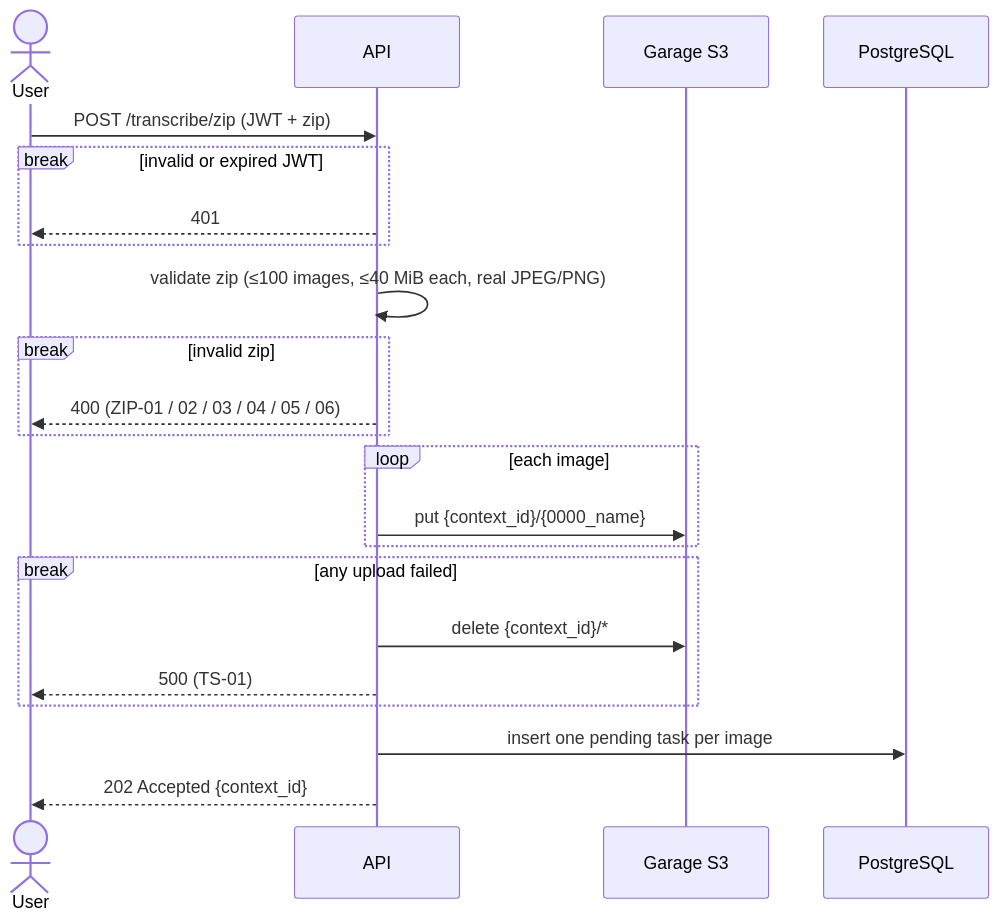
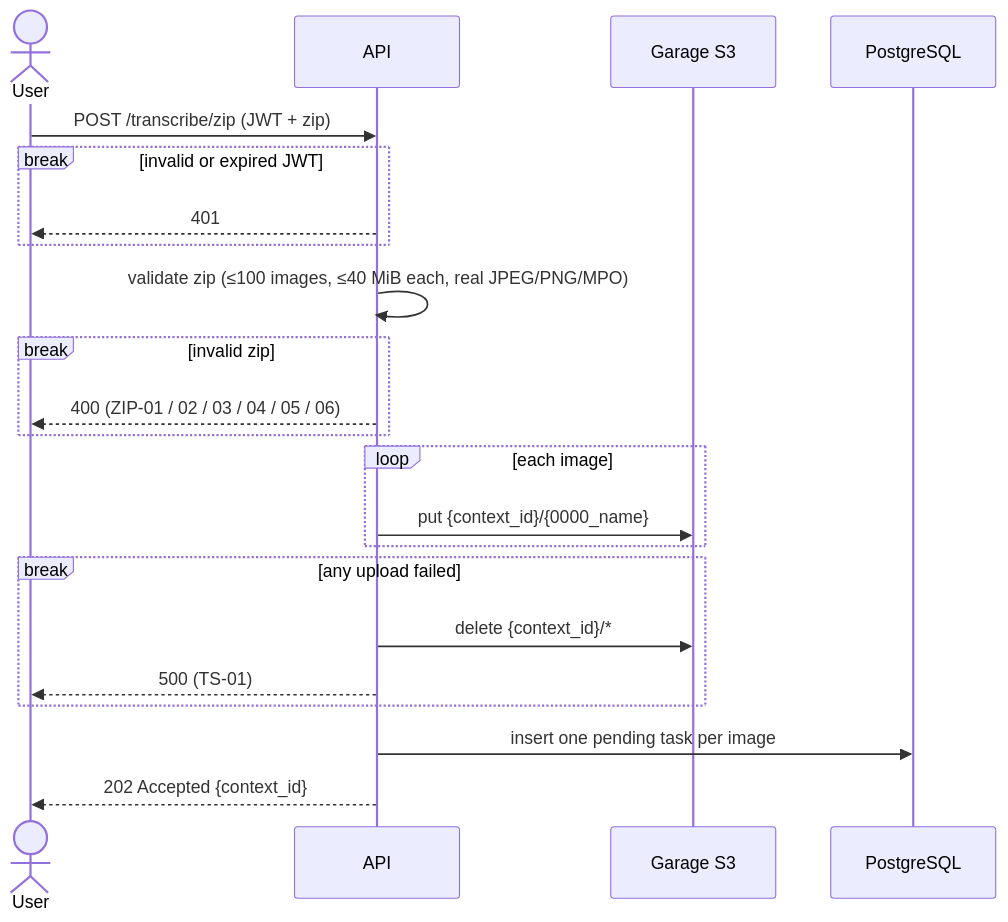
Before and after one commit to milanpanic2/llm-agents: the second of 4 diagrams in README.md, drawn with Mermaid. The commit also changed other lines of this file and 1 other file, not shown here.

````diff
--- a/README.md
+++ b/README.md
@@ -59,25 +59,25 @@
 ```mermaid
 sequenceDiagram
     actor User
     participant API
     participant Garage as Garage S3
     participant DB as PostgreSQL
 
     User->>API: POST /transcribe/zip (JWT + zip)
     break invalid or expired JWT
         API-->>User: 401
     end
-    API->>API: validate zip (≤100 images, ≤40 MiB each, real JPEG/PNG)
+    API->>API: validate zip (≤100 images, ≤40 MiB each, real JPEG/PNG/MPO)
     break invalid zip
         API-->>User: 400 (ZIP-01 / 02 / 03 / 04 / 05 / 06)
     end
     loop each image
         API->>Garage: put {context_id}/{0000_name}
     end
     break any upload failed
         API->>Garage: delete {context_id}/*
         API-->>User: 500 (TS-01)
     end
     API->>DB: insert one pending task per image
     API-->>User: 202 Accepted {context_id}
 ```
````
